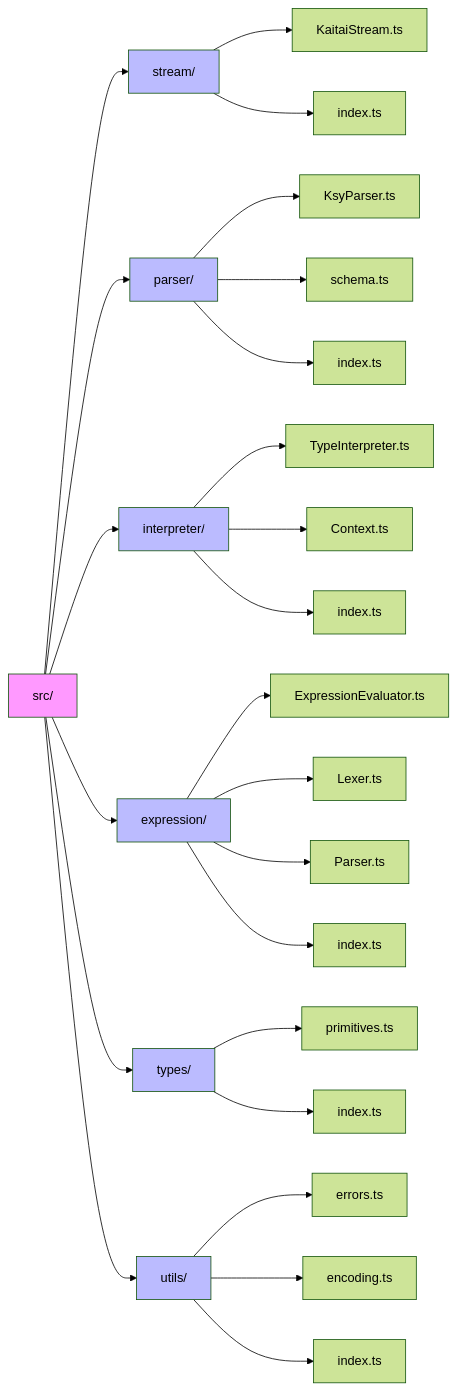
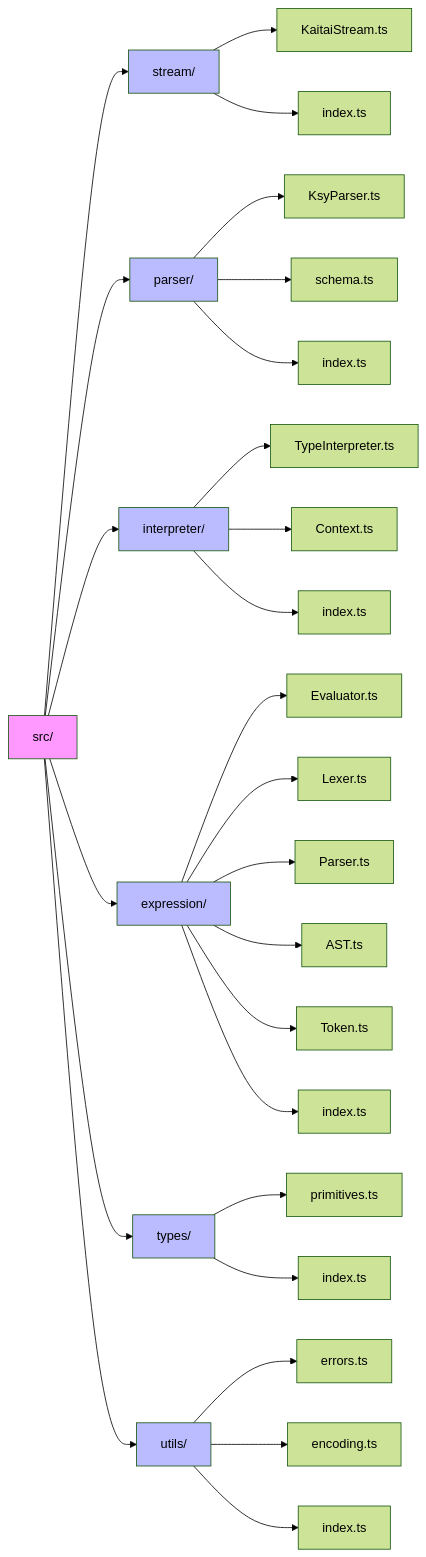
Before and after one commit to fabianopinto/kaitai-struct-ts: the fifth of 11 diagrams in docs/ARCHITECTURE.md, drawn with Mermaid (forest theme). The commit also changed other lines of this file and 1 other file, not shown here.

First line of the commit message:
docs: update ARCHITECTURE and EXAMPLES with v0.9.0 features

````diff
--- a/docs/ARCHITECTURE.md
+++ b/docs/ARCHITECTURE.md
@@ -138,40 +138,42 @@
 ```mermaid
 graph LR
     A[src/] --> B[stream/]
     A --> C[parser/]
     A --> D[interpreter/]
     A --> E[expression/]
     A --> F[types/]
     A --> G[utils/]
 
     B --> B1[KaitaiStream.ts]
     B --> B2[index.ts]
 
     C --> C1[KsyParser.ts]
     C --> C2[schema.ts]
     C --> C3[index.ts]
 
     D --> D1[TypeInterpreter.ts]
     D --> D2[Context.ts]
     D --> D3[index.ts]
 
-    E --> E1[ExpressionEvaluator.ts]
+    E --> E1[Evaluator.ts]
     E --> E2[Lexer.ts]
     E --> E3[Parser.ts]
-    E --> E4[index.ts]
+    E --> E4[AST.ts]
+    E --> E5[Token.ts]
+    E --> E6[index.ts]
 
     F --> F1[primitives.ts]
     F --> F2[index.ts]
 
     G --> G1[errors.ts]
     G --> G2[encoding.ts]
     G --> G3[index.ts]
 
     style A fill:#f9f
     style B fill:#bbf
     style C fill:#bbf
     style D fill:#bbf
     style E fill:#bbf
     style F fill:#bbf
     style G fill:#bbf
 ```
````
